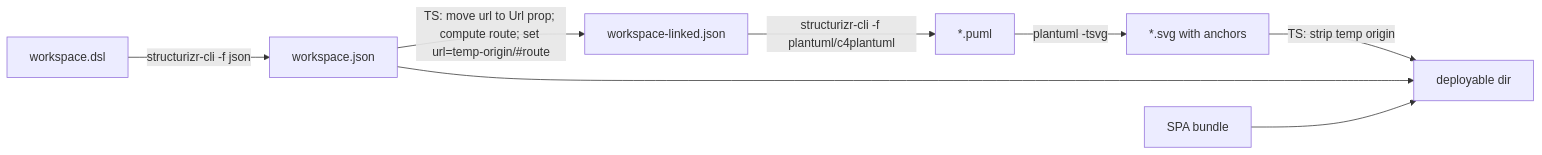
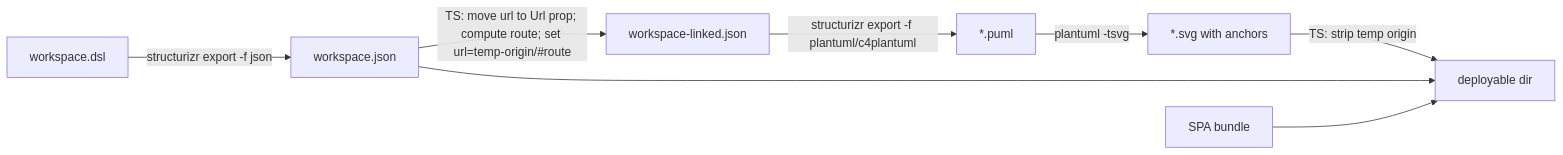
The diagram in lode/architecture/diagrams.md (dirkgroot/structurizr-site), drawn with Mermaid before and after one commit. The commit also changed other lines of this file and 5 other files, not shown here.

Commit message:
Use maintained Structurizr vNext as external dependency, not vendored legacy CLI

````diff
--- a/lode/architecture/diagrams.md
+++ b/lode/architecture/diagrams.md
@@ -25,10 +25,10 @@
 ```mermaid
 flowchart LR
-    DSL[workspace.dsl] -->|structurizr-cli -f json| JSON[workspace.json]
+    DSL[workspace.dsl] -->|structurizr export -f json| JSON[workspace.json]
     JSON -->|TS: move url to Url prop; compute route; set url=temp-origin/#route| LINKED[workspace-linked.json]
-    LINKED -->|structurizr-cli -f plantuml/c4plantuml| PUML[*.puml]
+    LINKED -->|structurizr export -f plantuml/c4plantuml| PUML[*.puml]
     PUML -->|plantuml -tsvg| SVG[*.svg with anchors]
     SVG -->|TS: strip temp origin| OUT[deployable dir]
     JSON --> OUT
     SPA[SPA bundle] --> OUT
 ```
````
